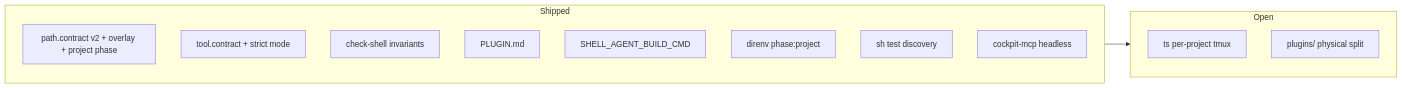
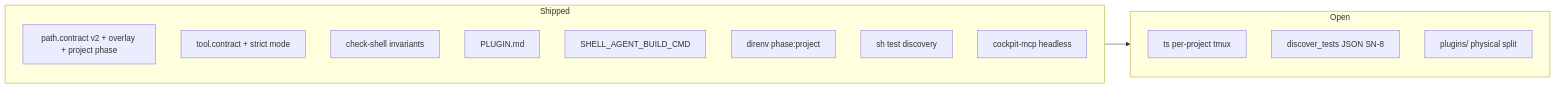
The third of 5 diagrams in arch-design/architecture.md (p10ns11y/shellyxz.sh), drawn with Mermaid before and after one commit. The commit also changed other lines of this file and 4 other files, not shown here.

````diff
--- a/arch-design/architecture.md
+++ b/arch-design/architecture.md
@@ -109,18 +109,19 @@
 ```mermaid
 flowchart LR
   subgraph shipped["Shipped"]
     PC[path.contract v2 + overlay + project phase]
     TV[tool.contract + strict mode]
     CK[check-shell invariants]
     PL[PLUGIN.md]
     AG[SHELL_AGENT_BUILD_CMD]
     DV[direnv phase:project]
     PY[sh test discovery]
     MCP[cockpit-mcp headless]
   end
   subgraph open["Open"]
     TS[ts per-project tmux]
+    D8[discover_tests JSON SN-8]
     SP[plugins/ physical split]
   end
   shipped --> open
 ```
````
